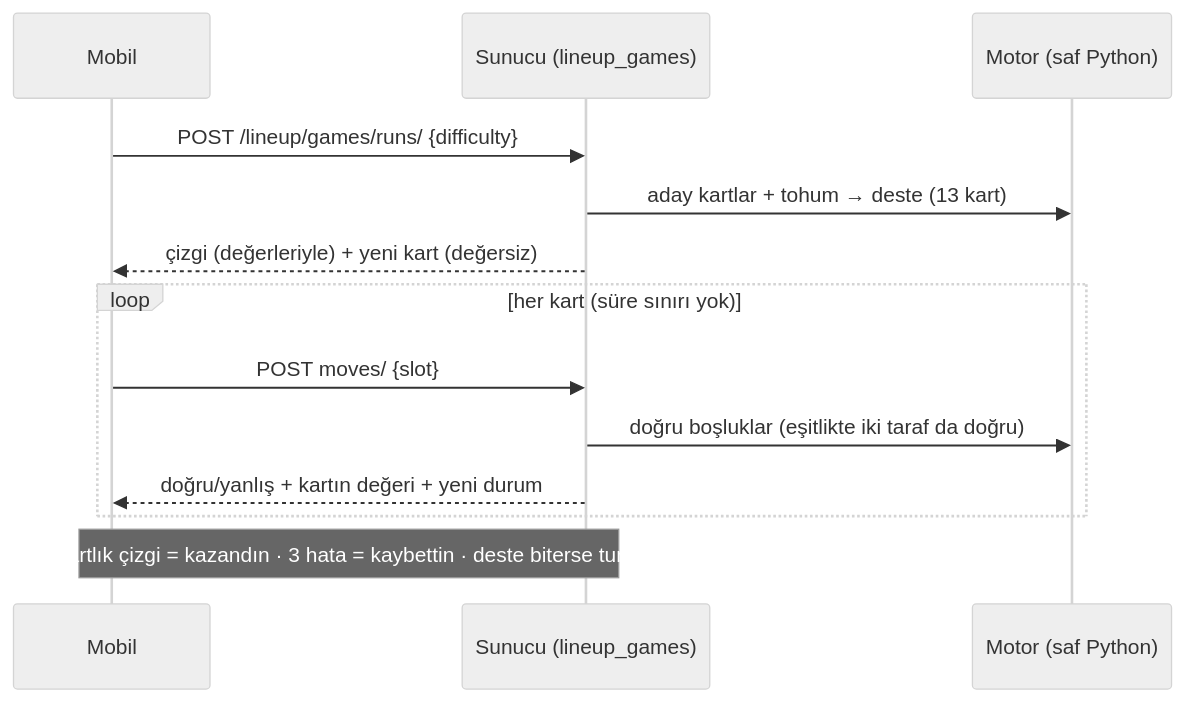
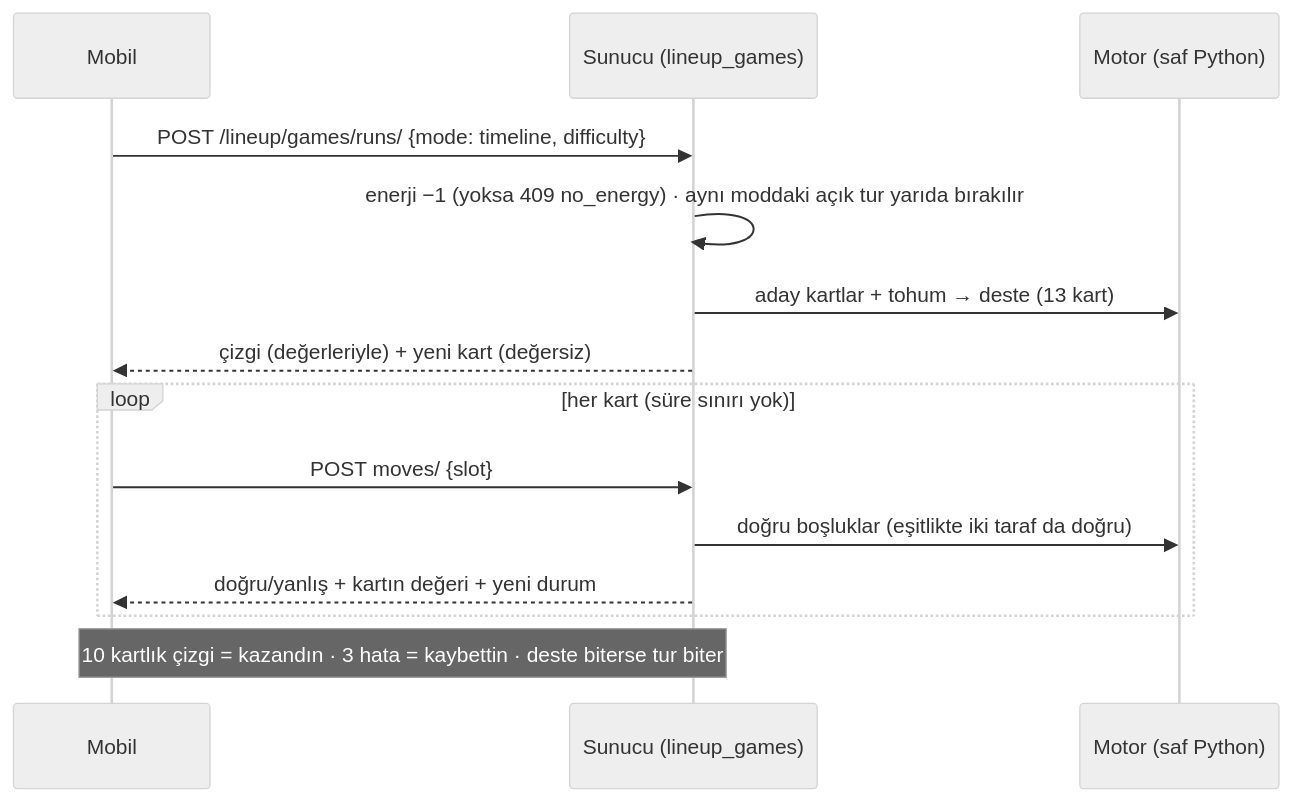
The fourth of 5 diagrams in docs/FLOW_lineup.md (anilcelik0/saving), drawn with Mermaid (neutral theme) before and after one commit. The commit also changed other lines of this file and 13 other files, not shown here.

Commit message:
[lineup] Streak screen (swipe or buttons), energy line with live countdown, out-of-energy dialog, home resume/records; Phase 2 docs

````diff
--- a/docs/FLOW_lineup.md
+++ b/docs/FLOW_lineup.md
@@ -91,15 +91,16 @@
 ```mermaid
 sequenceDiagram
     participant M as Mobil
     participant S as Sunucu (lineup_games)
     participant E as Motor (saf Python)
-    M->>S: POST /lineup/games/runs/ {difficulty}
+    M->>S: POST /lineup/games/runs/ {mode: timeline, difficulty}
+    S->>S: enerji −1 (yoksa 409 no_energy) · aynı moddaki açık tur yarıda bırakılır
     S->>E: aday kartlar + tohum → deste (13 kart)
     S-->>M: çizgi (değerleriyle) + yeni kart (değersiz)
     loop her kart (süre sınırı yok)
         M->>S: POST moves/ {slot}
         S->>E: doğru boşluklar (eşitlikte iki taraf da doğru)
         S-->>M: doğru/yanlış + kartın değeri + yeni durum
     end
     Note over M,S: 10 kartlık çizgi = kazandın · 3 hata = kaybettin · deste biterse tur biter
 ```
````
